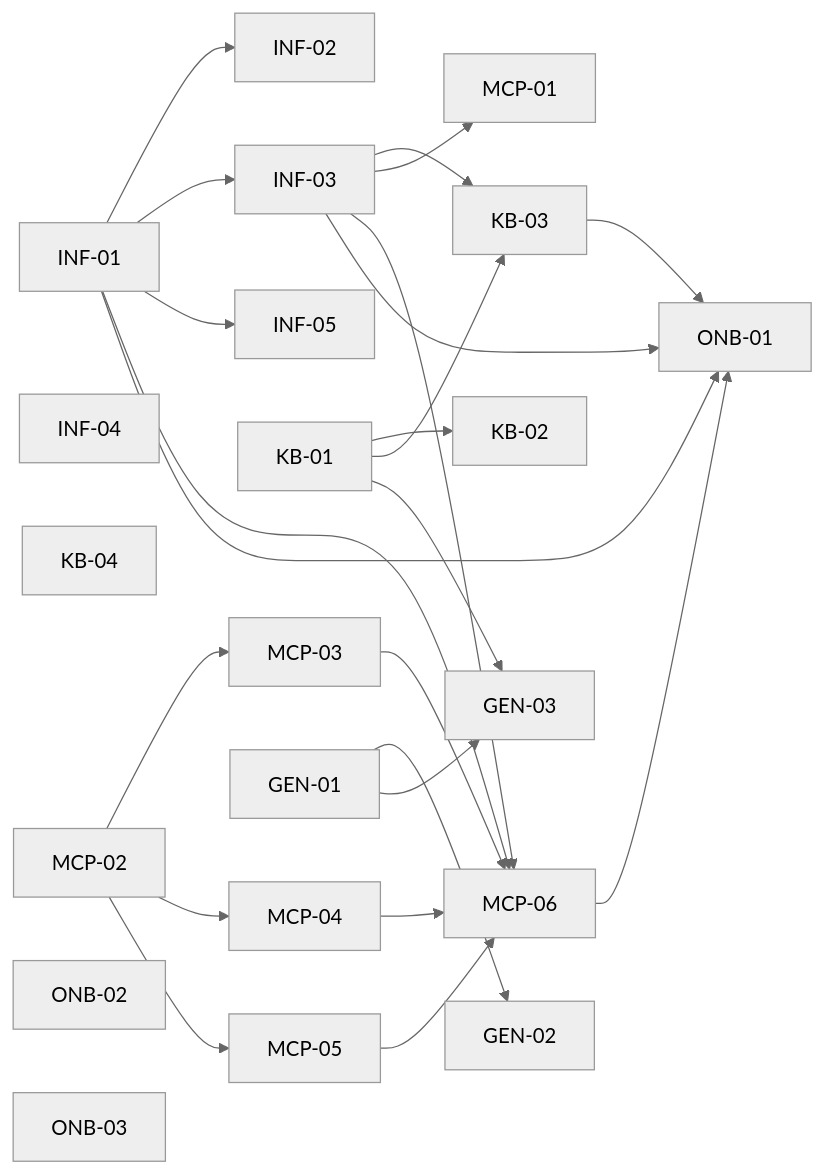
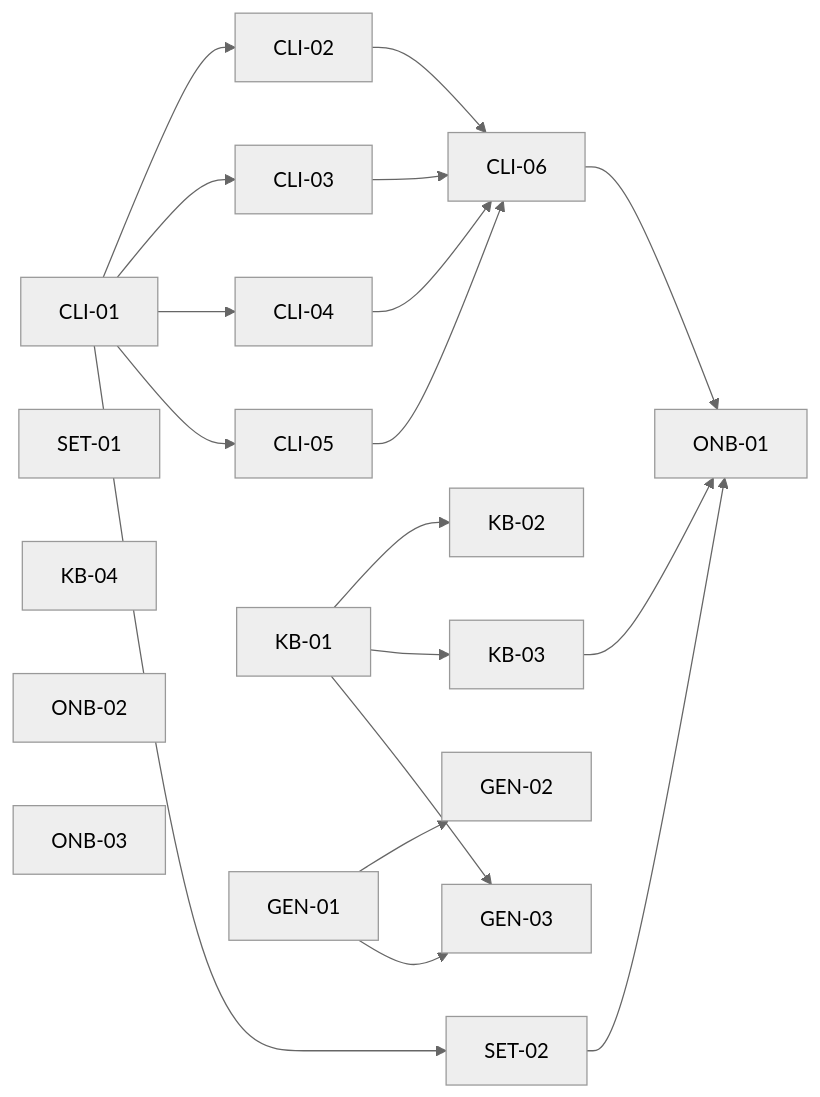
One commit to tombalabomba/rare-disease-compass changed the diagram in backlog/PLAN.md. Above: the diagram before and after it, drawn with Mermaid. The commit also changed other lines of this file and 48 other files, not shown here.

````diff
--- a/backlog/PLAN.md
+++ b/backlog/PLAN.md
@@ -59,30 +61,25 @@
 ```mermaid
 %%{init: {'theme': 'neutral'}}%%
 flowchart LR
-  INF01[INF-01] --> INF02[INF-02]
-  INF01 --> INF03[INF-03]
-  INF01 --> INF05[INF-05]
-  INF04[INF-04]
+  CLI01[CLI-01] --> CLI02[CLI-02]
+  CLI01 --> CLI03[CLI-03]
+  CLI01 --> CLI04[CLI-04]
+  CLI01 --> CLI05[CLI-05]
+  CLI02 --> CLI06[CLI-06]
+  CLI03 --> CLI06
+  CLI04 --> CLI06
+  CLI05 --> CLI06
+  CLI01 --> SET02[SET-02]
+  SET01[SET-01]
   KB01[KB-01] --> KB02[KB-02]
   KB01 --> KB03[KB-03]
-  INF03 --> KB03
   KB04[KB-04]
-  MCP02[MCP-02] --> MCP03[MCP-03]
-  MCP02 --> MCP04[MCP-04]
-  MCP02 --> MCP05[MCP-05]
-  INF03 --> MCP01[MCP-01]
-  MCP03 --> MCP06[MCP-06]
-  MCP04 --> MCP06
-  MCP05 --> MCP06
-  INF01 --> MCP06
-  INF03 --> MCP06
-  KB01 --> GEN03[GEN-03]
   GEN01[GEN-01] --> GEN02[GEN-02]
-  GEN01 --> GEN03
-  INF01 --> ONB01[ONB-01]
-  INF03 --> ONB01
+  GEN01 --> GEN03[GEN-03]
+  KB01 --> GEN03
+  SET02 --> ONB01[ONB-01]
+  CLI06 --> ONB01
   KB03 --> ONB01
-  MCP06 --> ONB01
   ONB02[ONB-02]
   ONB03[ONB-03]
 ```
````
